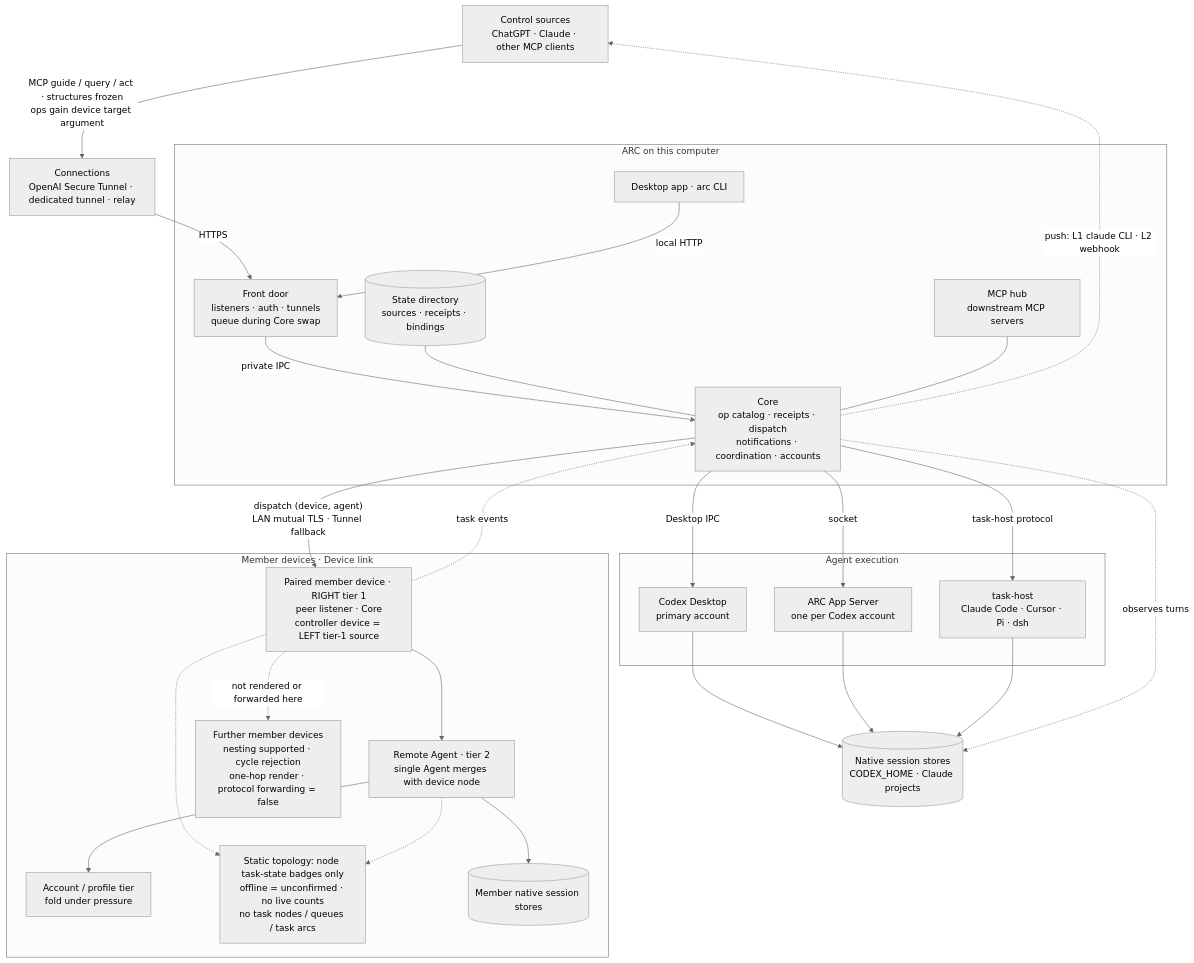
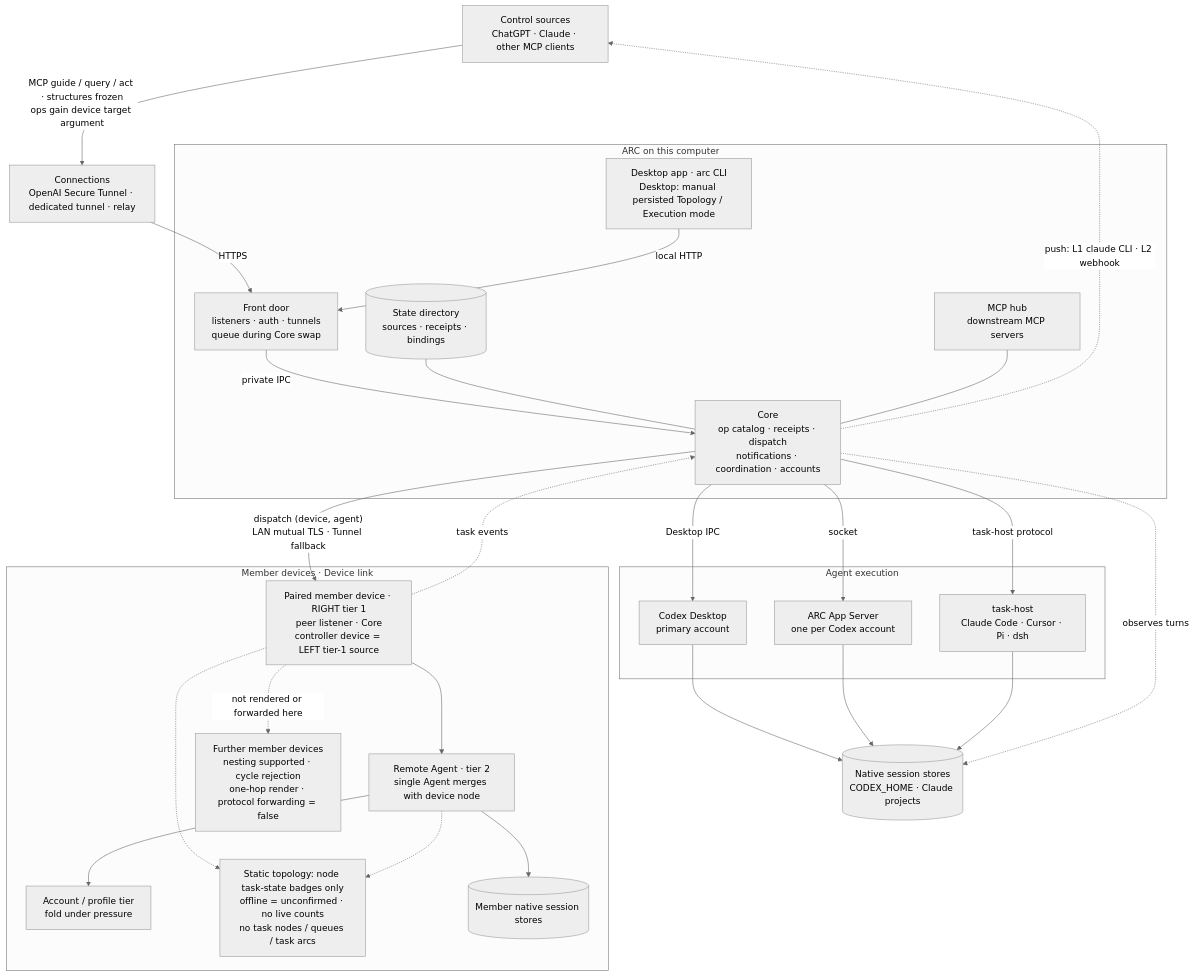
The diagram in arch/system-map.mmd (whzxc/agent-remote-control), drawn with Mermaid (neutral theme) before and after one commit. The commit also changed 14 other files, not shown here.

Commit message:
docs(design): propose execution mode

```diff
--- a/arch/system-map.mmd
+++ b/arch/system-map.mmd
@@ -1,49 +1,49 @@
 %% ARC system map (layer 0): processes, external parties and how they connect.
 %% Index and code mapping: docs/dev/arch-assets.md
 flowchart TB
   src["Control sources<br/>ChatGPT · Claude · other MCP clients"]
   net["Connections<br/>OpenAI Secure Tunnel · dedicated tunnel · relay"]
   subgraph HOST["ARC on this computer"]
-    local["Desktop app · arc CLI"]
+    local["Desktop app · arc CLI<br/>Desktop: manual persisted Topology / Execution mode"]
     fd["Front door<br/>listeners · auth · tunnels<br/>queue during Core swap"]
     state[("State directory<br/>sources · receipts · bindings")]
     hub["MCP hub<br/>downstream MCP servers"]
     core["Core<br/>op catalog · receipts · dispatch<br/>notifications · coordination · accounts"]
   end
   subgraph EXEC["Agent execution"]
     codexd["Codex Desktop<br/>primary account"]
     appsrv["ARC App Server<br/>one per Codex account"]
     taskhost["task-host<br/>Claude Code · Cursor · Pi · dsh"]
   end
   native[("Native session stores<br/>CODEX_HOME · Claude projects")]
   subgraph MEMBERS["Member devices · Device link"]
     member["Paired member device · RIGHT tier 1<br/>peer listener · Core<br/>controller device = LEFT tier-1 source"]
     magent["Remote Agent · tier 2<br/>single Agent merges with device node"]
     maccount["Account / profile tier<br/>fold under pressure"]
     mstates["Static topology: node task-state badges only<br/>offline = unconfirmed · no live counts<br/>no task nodes / queues / task arcs"]
     mnative[("Member native session stores")]
     descendant["Further member devices<br/>nesting supported · cycle rejection<br/>one-hop render · protocol forwarding = false"]
   end
   src -->|"MCP guide / query / act · structures frozen<br/>ops gain device target argument"| net
   net -->|"HTTPS"| fd
   local -->|"local HTTP"| fd
   fd -->|"private IPC"| core
   state --- core
   hub --- core
   core -->|"Desktop IPC"| codexd
   core -->|"socket"| appsrv
   core -->|"task-host protocol"| taskhost
   codexd --> native
   appsrv --> native
   taskhost --> native
   core -.->|"observes turns"| native
   core -.->|"push: L1 claude CLI · L2 webhook"| src
   core -->|"dispatch (device, agent)<br/>LAN mutual TLS · Tunnel fallback"| member
   member -.->|"task events"| core
   member --> magent --> maccount
   member -.-> mstates
   magent -.-> mstates
   magent --> mnative
   member -.->|"not rendered or forwarded here"| descendant
   class hub experimental
   class member,magent,maccount,mstates,descendant experimental
```
